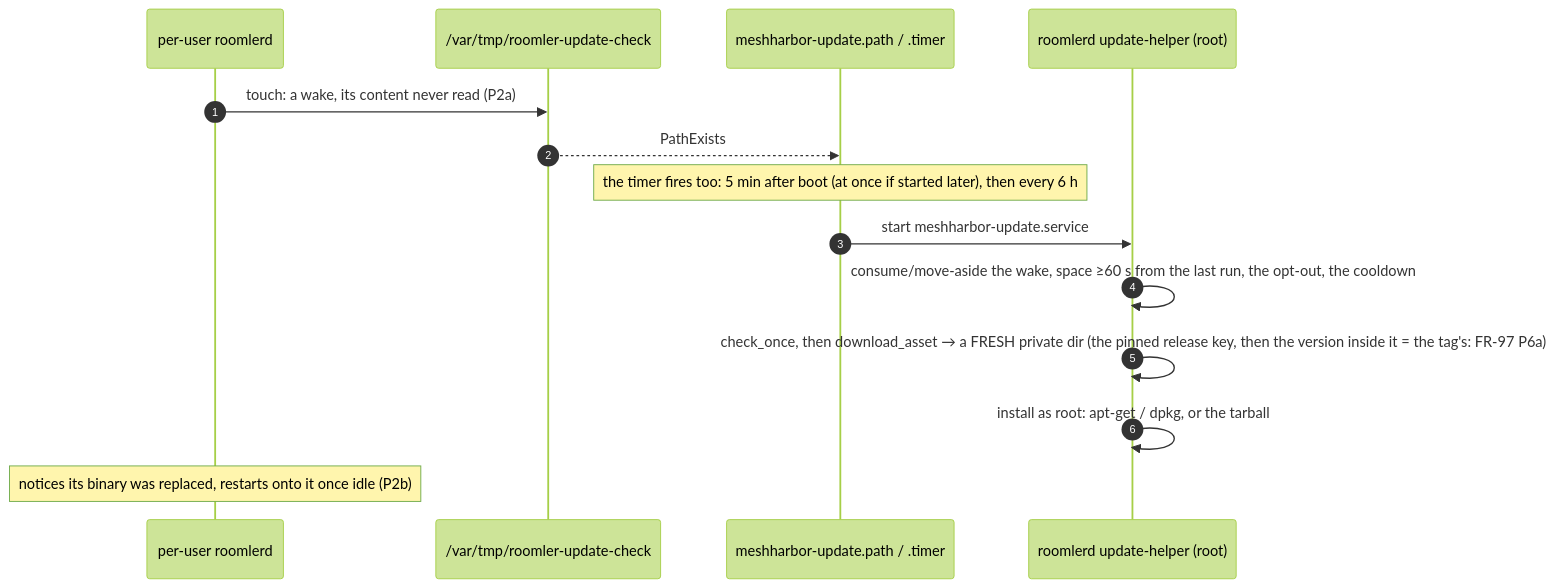
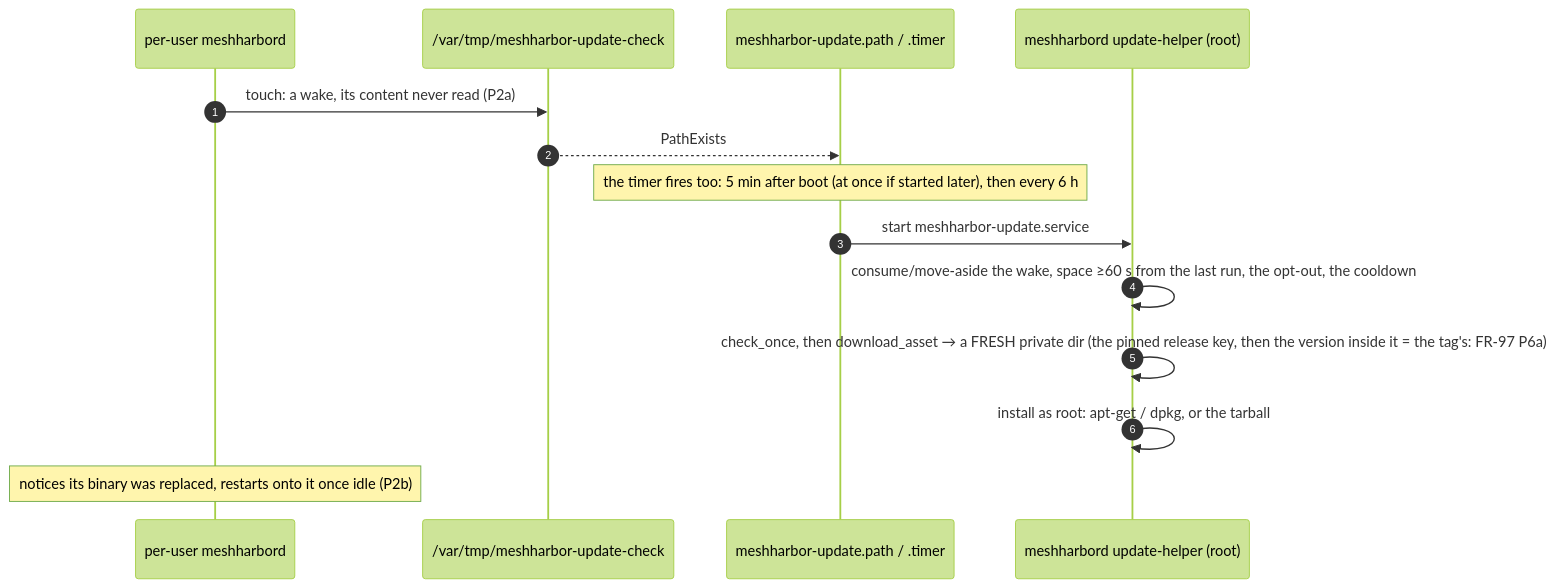
The second of 5 diagrams in docs/linux-self-update.md (jk-zhang-meta/MeshHarbor), drawn with Mermaid (forest theme) before and after one commit. The commit also changed other lines of this file and 682 other files, not shown here.

````diff
--- a/docs/linux-self-update.md
+++ b/docs/linux-self-update.md
@@ -216,16 +216,16 @@
 ```mermaid
 sequenceDiagram
     autonumber
-    participant D as per-user roomlerd
-    participant W as /var/tmp/roomler-update-check
+    participant D as per-user meshharbord
+    participant W as /var/tmp/meshharbor-update-check
     participant P as meshharbor-update.path / .timer
-    participant U as roomlerd update-helper (root)
+    participant U as meshharbord update-helper (root)
     D->>W: touch: a wake, its content never read (P2a)
     W-->>P: PathExists
     Note over P: the timer fires too: 5 min after boot (at once if started later), then every 6 h
     P->>U: start meshharbor-update.service
     U->>U: consume/move-aside the wake, space ≥60 s from the last run, the opt-out, the cooldown
     U->>U: check_once, then download_asset → a FRESH private dir (the pinned release key, then the version inside it = the tag's: FR-97 P6a)
     U->>U: install as root: apt-get / dpkg, or the tarball
     Note over D: notices its binary was replaced, restarts onto it once idle (P2b)
 ```
````
